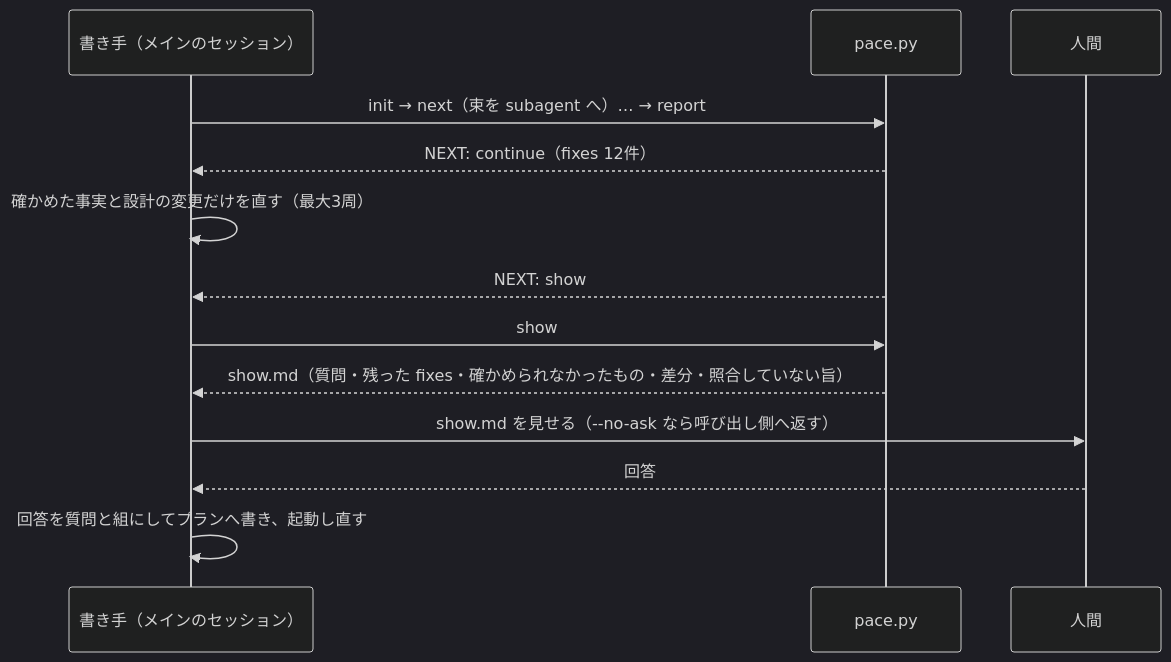
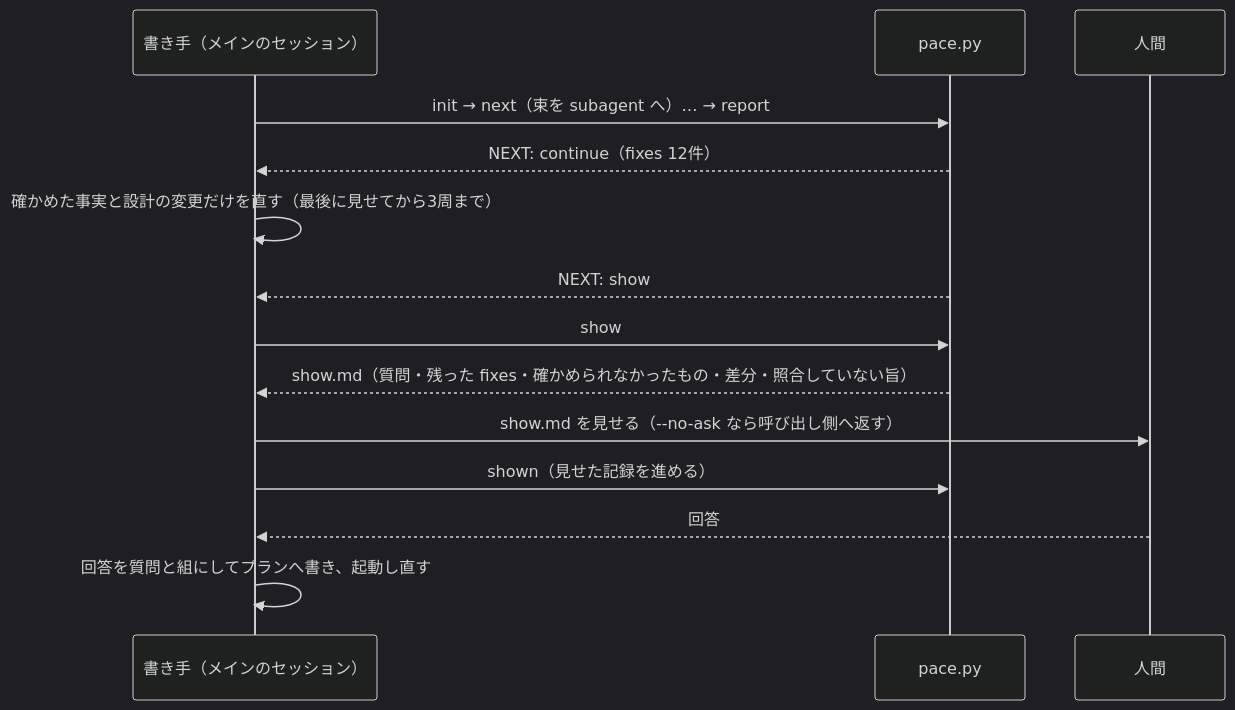
Before and after one commit to maimuzo/pace: the diagram in docs/plans/pace_design_slim.md, drawn with Mermaid (dark theme). The commit also changed other lines of this file and 1 other file, not shown here.

````diff
--- a/docs/plans/pace_design_slim.md
+++ b/docs/plans/pace_design_slim.md
@@ -23,15 +23,16 @@
 ```mermaid
 sequenceDiagram
     participant M as 書き手（メインのセッション）
     participant S as pace.py
     participant H as 人間
     M->>S: init → next（束を subagent へ）… → report
     S-->>M: NEXT: continue（fixes 12件）
-    M->>M: 確かめた事実と設計の変更だけを直す（最大3周）
+    M->>M: 確かめた事実と設計の変更だけを直す（最後に見せてから3周まで）
     S-->>M: NEXT: show
     M->>S: show
     S-->>M: show.md（質問・残った fixes・確かめられなかったもの・差分・照合していない旨）
     M->>H: show.md を見せる（--no-ask なら呼び出し側へ返す）
+    M->>S: shown（見せた記録を進める）
     H-->>M: 回答
     M->>M: 回答を質問と組にしてプランへ書き、起動し直す
 ```
````
